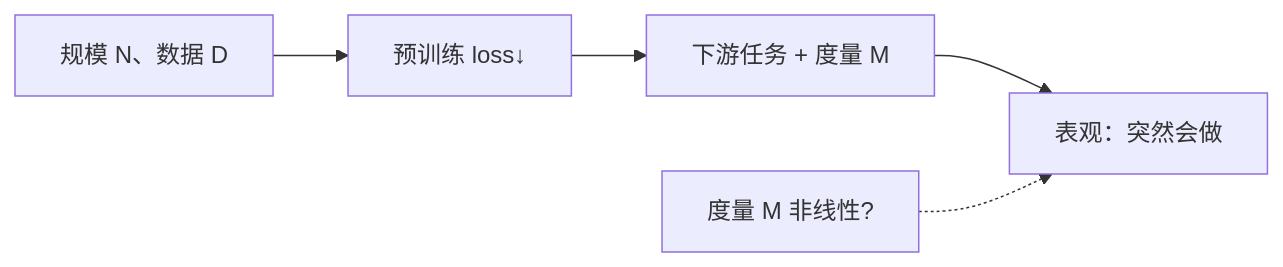
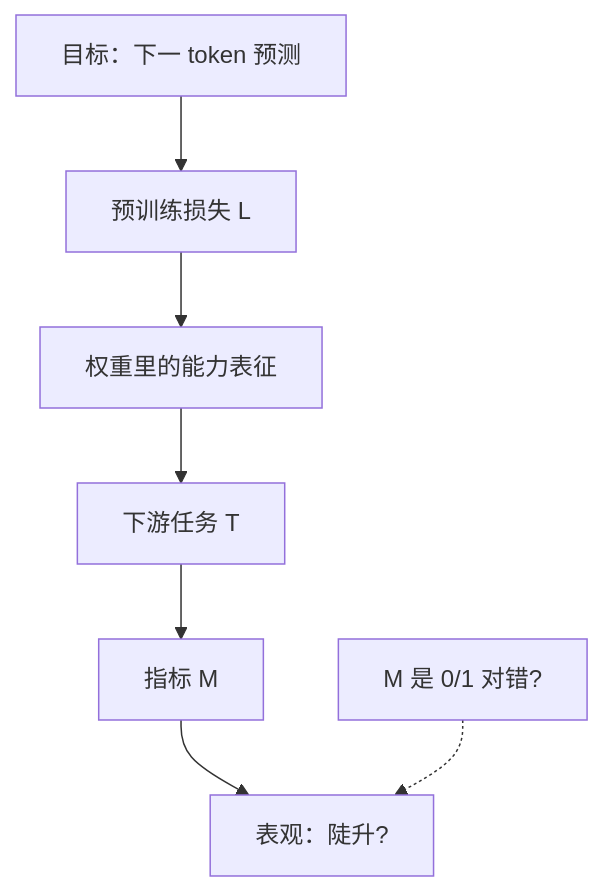
One commit to wolf-wolf/ai-tell-ai changed the diagram in docs/model/concept/emergence.md. Above: the diagram before and after it, drawn with Mermaid. The commit also changed other lines of this file and 97 other files, not shown here.

````diff
--- a/docs/model/concept/emergence.md
+++ b/docs/model/concept/emergence.md
@@ -65,12 +77,15 @@
 ```mermaid
-flowchart LR
-  Scale["规模 N、数据 D"]
-  Pretrain["预训练 loss↓"]
-  Down["下游任务 + 度量 M"]
-  App["表观：突然会做"]
-  Scale --> Pretrain
-  Pretrain --> Down
-  Down --> App
-  M2["度量 M 非线性?"]
-  M2 -.-> App
+flowchart TB
+  Goal["目标：下一 token 预测"]
+  Loss["预训练损失 L"]
+  Cap["权重里的能力表征"]
+  Task["下游任务 T"]
+  Metric["指标 M"]
+  Goal --> Loss
+  Loss --> Cap
+  Cap --> Task
+  Task --> Metric
+  Metric --> Wall["表观：陡升?"]
+  Mnote["M 是 0/1 对错?"]
+  Mnote -.-> Wall
 ```
````
